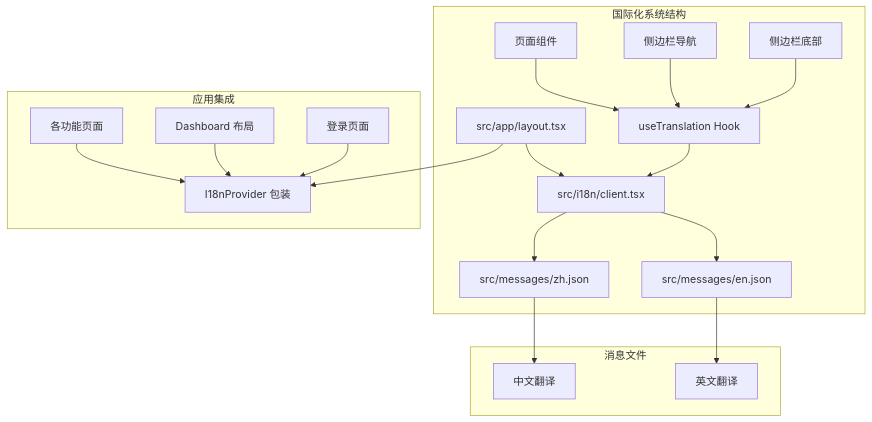
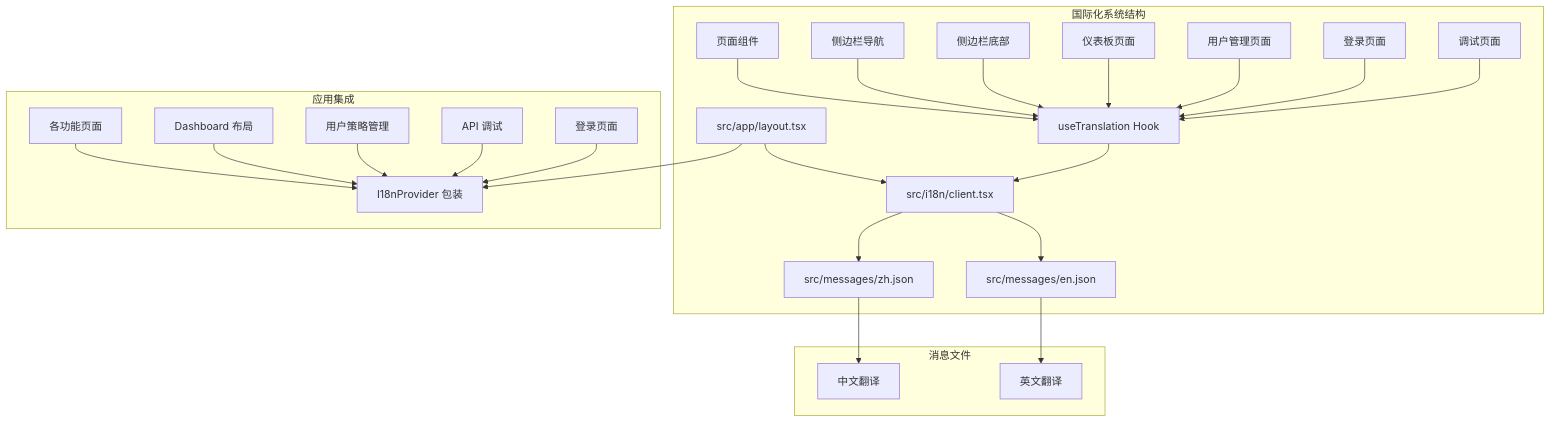
The first of 6 diagrams in .qoder/repowiki/zh/content/开发指南/国际化系统.md (RadiumAg/AIGate), drawn with Mermaid before and after one commit. The commit also changed other lines of this file and 7 other files, not shown here.

````diff
--- a/.qoder/repowiki/zh/content/开发指南/国际化系统.md
+++ b/.qoder/repowiki/zh/content/开发指南/国际化系统.md
@@ -56,22 +56,28 @@
 ```mermaid
 graph TB
 subgraph "国际化系统结构"
 A[src/i18n/client.tsx] --> B[src/messages/zh.json]
 A --> C[src/messages/en.json]
 D[src/app/layout.tsx] --> A
 E[页面组件] --> F[useTranslation Hook]
 F --> A
 G[侧边栏导航] --> F
 H[侧边栏底部] --> F
+I[仪表板页面] --> F
+J[用户管理页面] --> F
+K[登录页面] --> F
+L[调试页面] --> F
 end
 subgraph "消息文件"
-B --> I[中文翻译]
-C --> J[英文翻译]
+B --> M[中文翻译]
+C --> N[英文翻译]
 end
 subgraph "应用集成"
-D --> K[I18nProvider 包装]
-L[各功能页面] --> K
-M[Dashboard 布局] --> K
-N[登录页面] --> K
+D --> O[I18nProvider 包装]
+P[各功能页面] --> O
+Q[Dashboard 布局] --> O
+R[用户策略管理] --> O
+S[API 调试] --> O
+T[登录页面] --> O
 end
 ```
````
